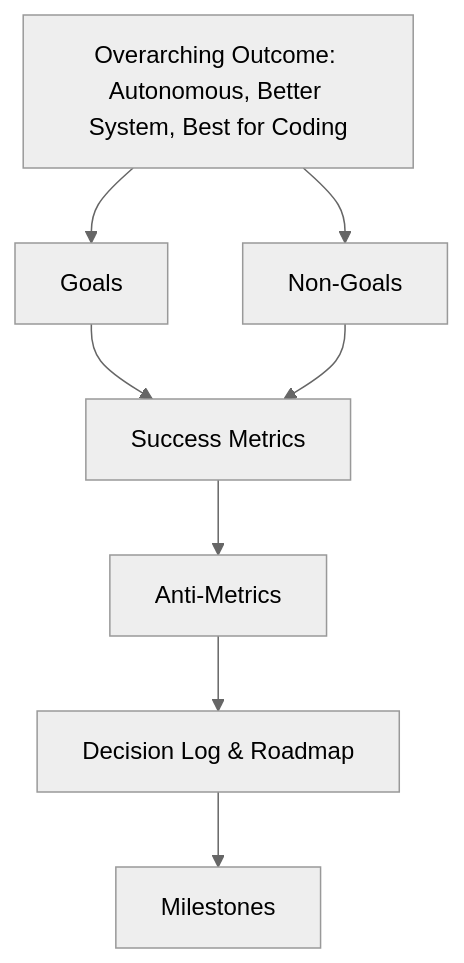
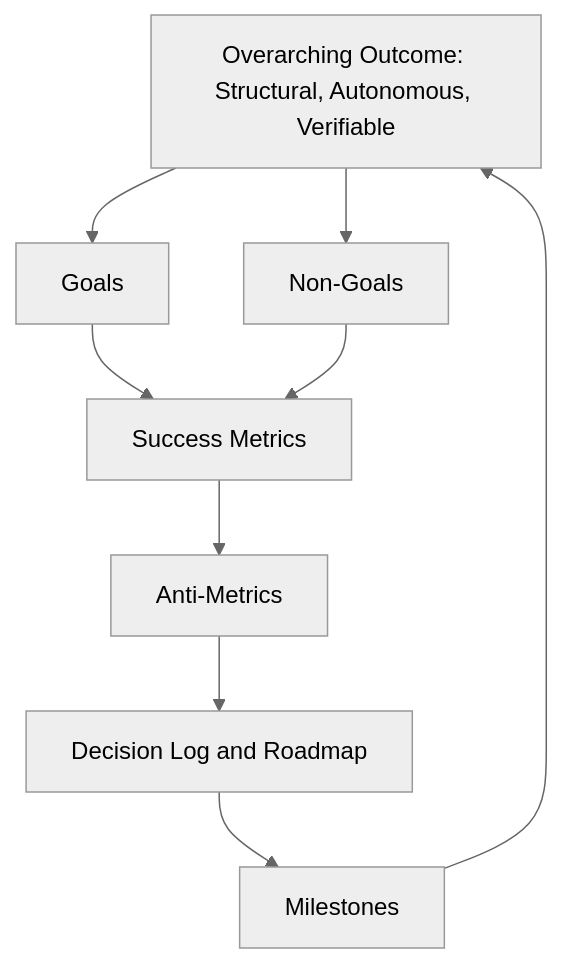
Before and after one commit to arubara2021/CodeGuardian: the diagram in docs/02-goals-non-goals-metrics.md, drawn with Mermaid (neutral theme). The commit also changed other lines of this file and 5 other files, not shown here.

````diff
--- a/docs/02-goals-non-goals-metrics.md
+++ b/docs/02-goals-non-goals-metrics.md
@@ -228,11 +269,12 @@
 ```mermaid
 flowchart TB
-    Vision[Overarching Outcome: Autonomous, Better System, Best for Coding]
-    Vision --> Goals[Goals]
-    Vision --> NonGoals[Non-Goals]
+    Outcome[Overarching Outcome: Structural, Autonomous, Verifiable]
+    Outcome --> Goals[Goals]
+    Outcome --> NonGoals[Non-Goals]
     Goals --> Metrics[Success Metrics]
     NonGoals --> Metrics
     Metrics --> AntiMetrics[Anti-Metrics]
-    AntiMetrics --> Decisions[Decision Log & Roadmap]
+    AntiMetrics --> Decisions[Decision Log and Roadmap]
     Decisions --> Roadmap[Milestones]
+    Roadmap --> Outcome
 ```
````
